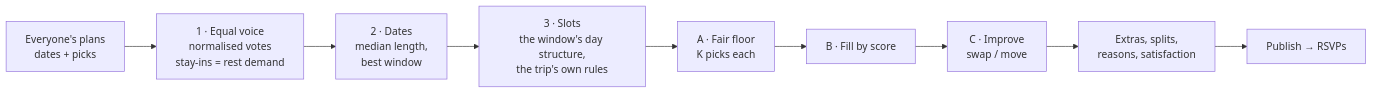
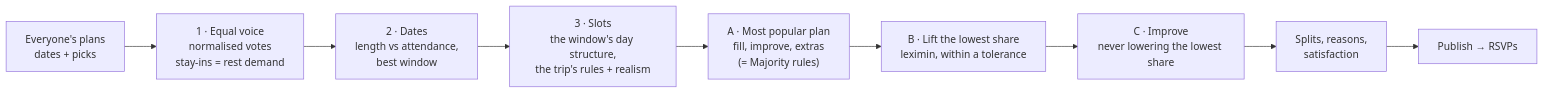
Before and after one commit to abdulaz06/caravan: the diagram in docs/CONSENSUS.md, drawn with Mermaid. The commit also changed other lines of this file and 3 other files, not shown here.

````diff
--- a/docs/CONSENSUS.md
+++ b/docs/CONSENSUS.md
@@ -32,11 +34,11 @@
 ```mermaid
 flowchart LR
   plans["Everyone's plans<br/>dates + picks"] --> votes["1 · Equal voice<br/>normalised votes<br/>stay-ins = rest demand"]
-  votes --> dates["2 · Dates<br/>median length,<br/>best window"]
-  dates --> slots["3 · Slots<br/>the window's day structure,<br/>the trip's own rules"]
-  slots --> A["A · Fair floor<br/>K picks each"]
-  A --> B["B · Fill by score"]
-  B --> C["C · Improve<br/>swap / move"]
-  C --> out["Extras, splits,<br/>reasons, satisfaction"]
+  votes --> dates["2 · Dates<br/>length vs attendance,<br/>best window"]
+  dates --> slots["3 · Slots<br/>the window's day structure,<br/>the trip's rules + realism"]
+  slots --> A["A · Most popular plan<br/>fill, improve, extras<br/>(= Majority rules)"]
+  A --> B["B · Lift the lowest share<br/>leximin, within a tolerance"]
+  B --> C["C · Improve<br/>never lowering the lowest share"]
+  C --> out["Splits, reasons,<br/>satisfaction"]
   out --> pub["Publish → RSVPs"]
 ```
````
